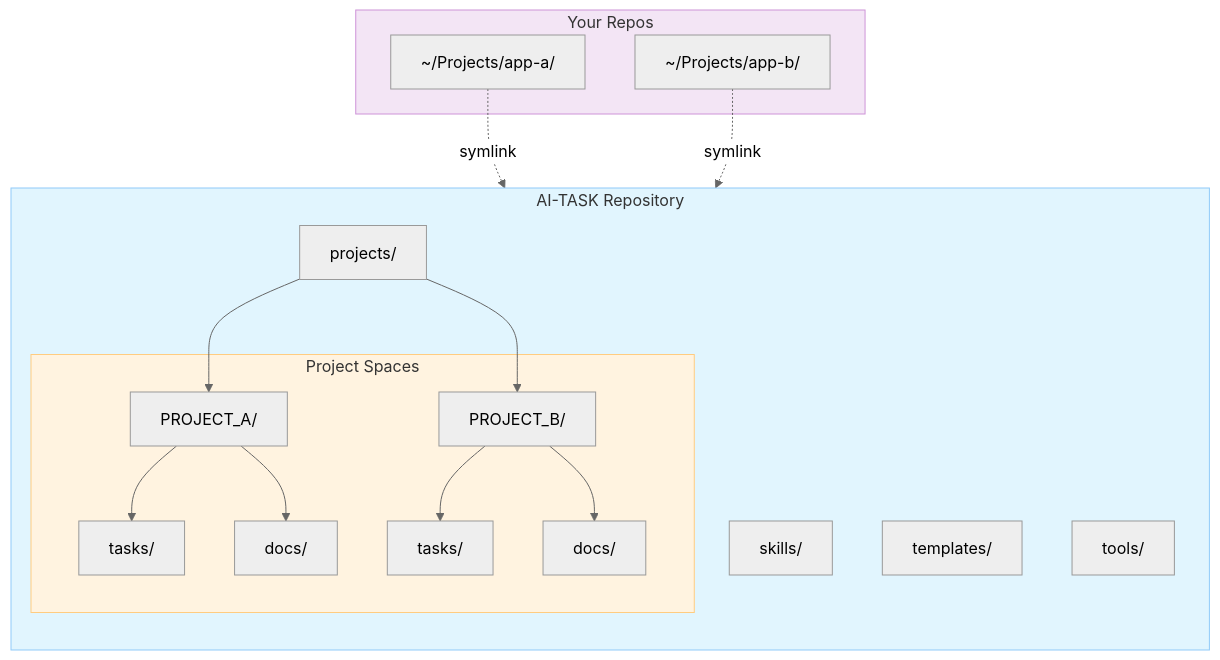
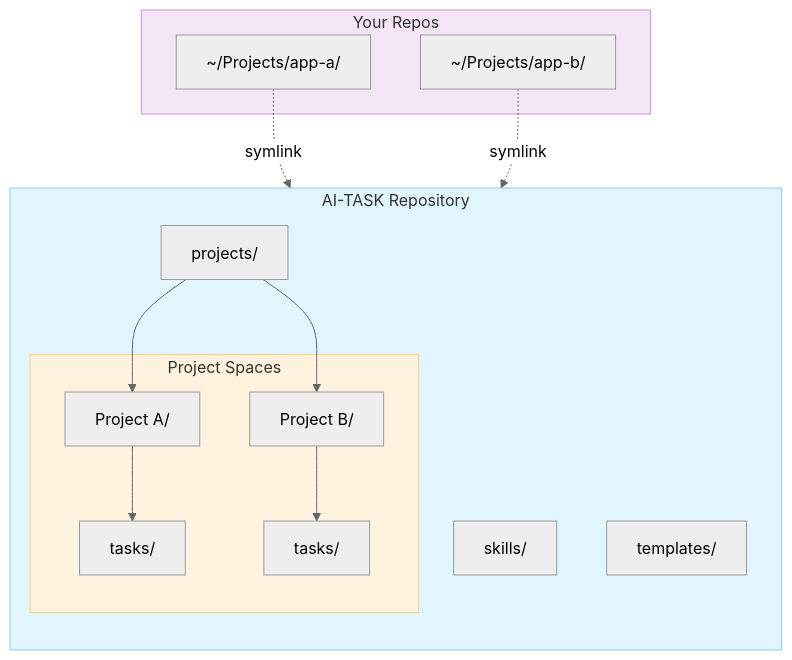
Before and after one commit to ArnoFrost/AI-TASK: the diagram in README_EN.md, drawn with Mermaid (neutral theme). The commit also changed other lines of this file and 12 other files, not shown here.

First line of the commit message:
修复(开源): 断链修复 + README瘦身 + ARCHITECTURE拆分 + 模板清理

````diff
--- a/README_EN.md
+++ b/README_EN.md
@@ -164,32 +103,29 @@
 ```mermaid
 graph TB
     subgraph REPO["AI-TASK Repository"]
         direction TB
         PROJECTS["projects/"]
         SKILLS["skills/"]
         TEMPLATES["templates/"]
-        TOOLS["tools/"]
 
         subgraph SPACES["Project Spaces"]
-            P1["PROJECT_A/"] --> P1T["tasks/"]
-            P1 --> P1D["docs/"]
-            P2["PROJECT_B/"] --> P2T["tasks/"]
-            P2 --> P2D["docs/"]
+            P1["Project A/"] --> P1T["tasks/"]
+            P2["Project B/"] --> P2T["tasks/"]
         end
 
         PROJECTS --> P1
         PROJECTS --> P2
     end
 
     subgraph REAL["Your Repos"]
         EXT1["~/Projects/app-a/"]
         EXT2["~/Projects/app-b/"]
     end
 
     EXT1 -.->|"symlink"| P1
     EXT2 -.->|"symlink"| P2
 
     style REPO fill:#e1f5fe,stroke:#90caf9
     style SPACES fill:#fff3e0,stroke:#ffcc80
     style REAL fill:#f3e5f5,stroke:#ce93d8
 ```
````
